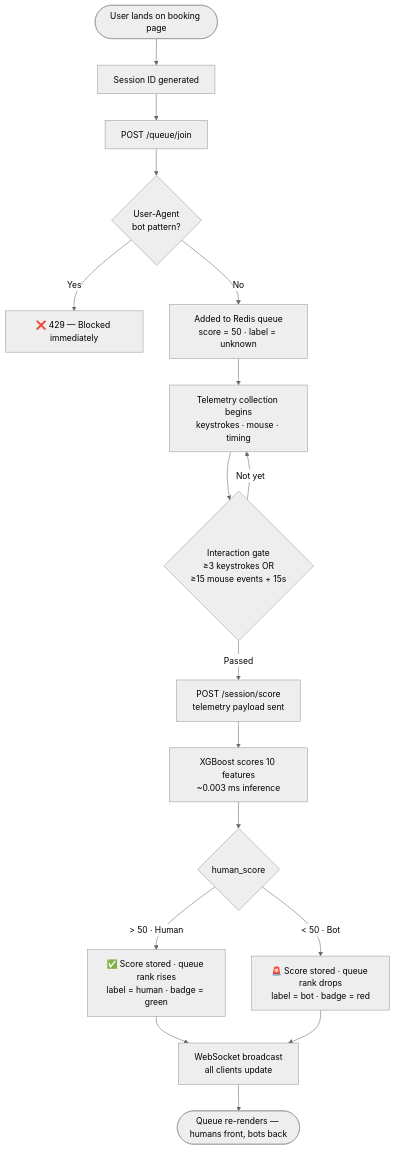
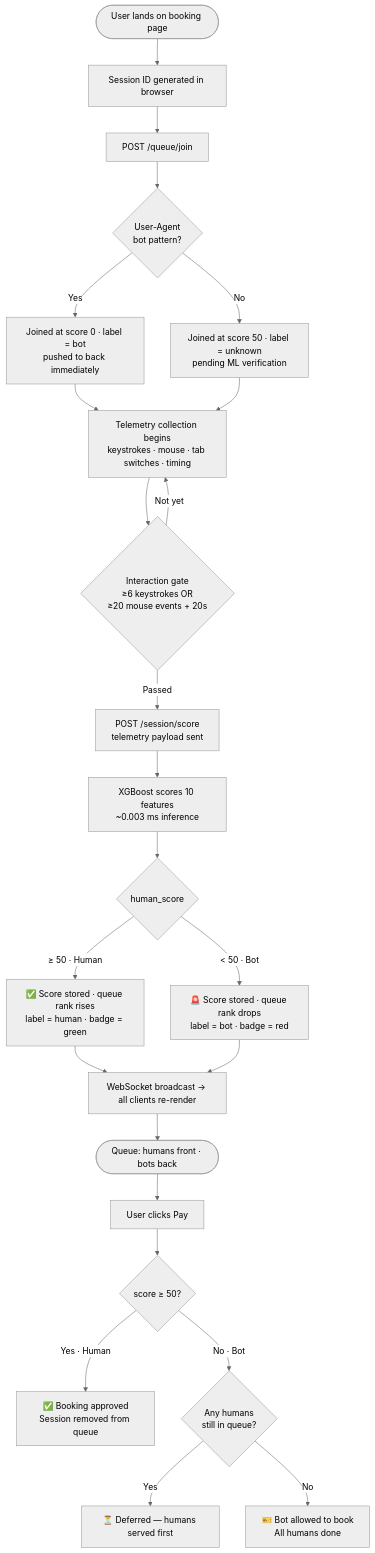
Before and after one commit to thulasiramk-2310/FAIRTATKAL: the second of 4 diagrams in README.md, drawn with Mermaid (neutral theme). The commit also changed other lines of this file, not shown here.

Commit message:
docs: rewrite README to match current system — bots-in-queue model, accurate flow diagrams, updated API

````diff
--- a/README.md
+++ b/README.md
@@ -85,19 +89,26 @@
 ```mermaid
 flowchart TD
-    A([User lands on booking page]) --> B[Session ID generated]
+    A([User lands on booking page]) --> B[Session ID generated in browser]
     B --> C[POST /queue/join]
     C --> D{User-Agent\nbot pattern?}
-    D -- Yes --> E[❌ 429 — Blocked immediately]
-    D -- No --> F[Added to Redis queue\nscore = 50 · label = unknown]
-    F --> G[Telemetry collection begins\nkeystrokes · mouse · timing]
-    G --> H{Interaction gate\n≥3 keystrokes OR\n≥15 mouse events + 15s}
+    D -- Yes --> E[Joined at score 0 · label = bot\npushed to back immediately]
+    D -- No --> F[Joined at score 50 · label = unknown\npending ML verification]
+    E --> G
+    F --> G[Telemetry collection begins\nkeystrokes · mouse · tab switches · timing]
+    G --> H{Interaction gate\n≥6 keystrokes OR\n≥20 mouse events + 20s}
     H -- Not yet --> G
     H -- Passed --> I[POST /session/score\ntelemetry payload sent]
     I --> J[XGBoost scores 10 features\n~0.003 ms inference]
     J --> K{human_score}
-    K -- "> 50 · Human" --> L[✅ Score stored · queue rank rises\nlabel = human · badge = green]
-    K -- "< 50 · Bot" --> M[🚨 Score stored · queue rank drops\nlabel = bot · badge = red]
-    L --> N[WebSocket broadcast\nall clients update]
+    K -- ≥ 50 · Human --> L[✅ Score stored · queue rank rises\nlabel = human · badge = green]
+    K -- < 50 · Bot --> M[🚨 Score stored · queue rank drops\nlabel = bot · badge = red]
+    L --> N[WebSocket broadcast → all clients re-render]
     M --> N
-    N --> O([Queue re-renders — humans front, bots back])
+    N --> O([Queue: humans front · bots back])
+    O --> P[User clicks Pay]
+    P --> Q{score ≥ 50?}
+    Q -- Yes · Human --> R[✅ Booking approved\nSession removed from queue]
+    Q -- No · Bot --> S{Any humans\nstill in queue?}
+    S -- Yes --> T[⏳ Deferred — humans served first]
+    S -- No --> U[🎫 Bot allowed to book\nAll humans done]
 ```
````
